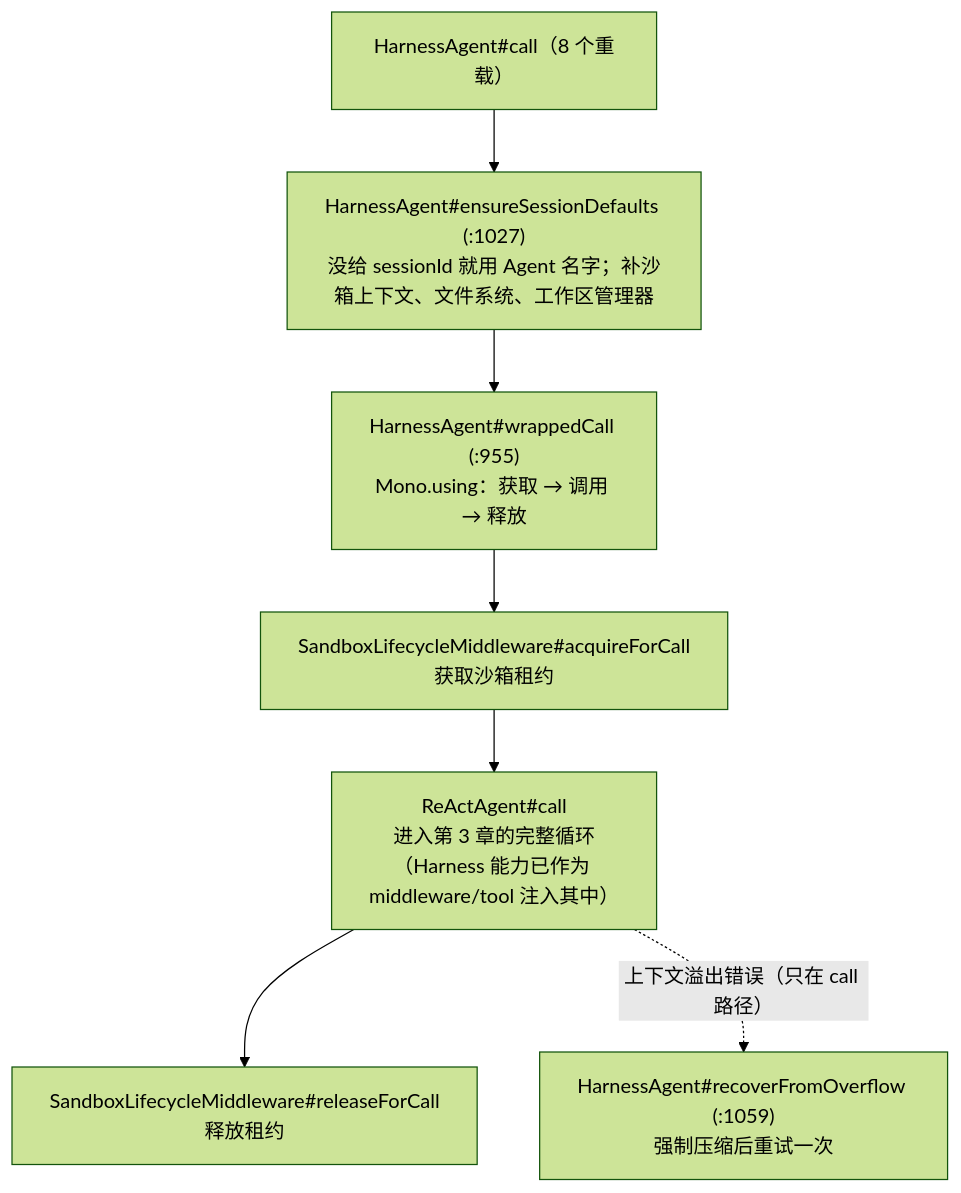
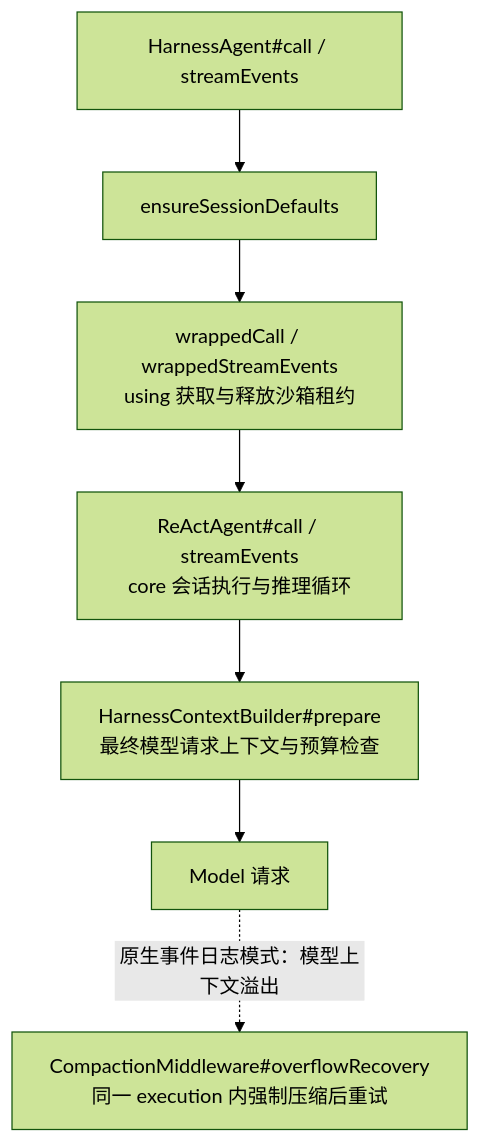
Before and after one commit to liulangjietou/AgentScope-source-analysis: the first of 4 diagrams in 07-Harness工程化外壳.md, drawn with Mermaid (forest theme). The commit also changed other lines of this file and 13 other files, not shown here.

Commit message:
docs: align source guide and diagrams with main dcb131a3

````diff
--- a/07-Harness工程化外壳.md
+++ b/07-Harness工程化外壳.md
@@ -11,9 +11,9 @@
 ```mermaid
 flowchart TB
-    HC["HarnessAgent#call（8 个重载）"] --> ESD["HarnessAgent#ensureSessionDefaults (:1027)<br/>没给 sessionId 就用 Agent 名字；补沙箱上下文、文件系统、工作区管理器"]
-    ESD --> WC["HarnessAgent#wrappedCall (:955)<br/>Mono.using：获取 → 调用 → 释放"]
-    WC --> ACQ["SandboxLifecycleMiddleware#acquireForCall<br/>获取沙箱租约"]
-    ACQ --> DEL["ReActAgent#call<br/>进入第 3 章的完整循环<br/>（Harness 能力已作为 middleware/tool 注入其中）"]
-    DEL --> REL["SandboxLifecycleMiddleware#releaseForCall<br/>释放租约"]
-    DEL -.->|"上下文溢出错误（只在 call 路径）"| REC["HarnessAgent#recoverFromOverflow (:1059)<br/>强制压缩后重试一次"]
+    API["HarnessAgent#call / streamEvents"] --> CTX["ensureSessionDefaults"]
+    CTX --> WRAP["wrappedCall / wrappedStreamEvents<br/>using 获取与释放沙箱租约"]
+    WRAP --> CORE["ReActAgent#call / streamEvents<br/>core 会话执行与推理循环"]
+    CORE --> PREP["HarnessContextBuilder#prepare<br/>最终模型请求上下文与预算检查"]
+    PREP --> MODEL["Model 请求"]
+    MODEL -.->|"原生事件日志模式：模型上下文溢出"| REC["CompactionMiddleware#overflowRecovery<br/>同一 execution 内强制压缩后重试"]
 ```
````
